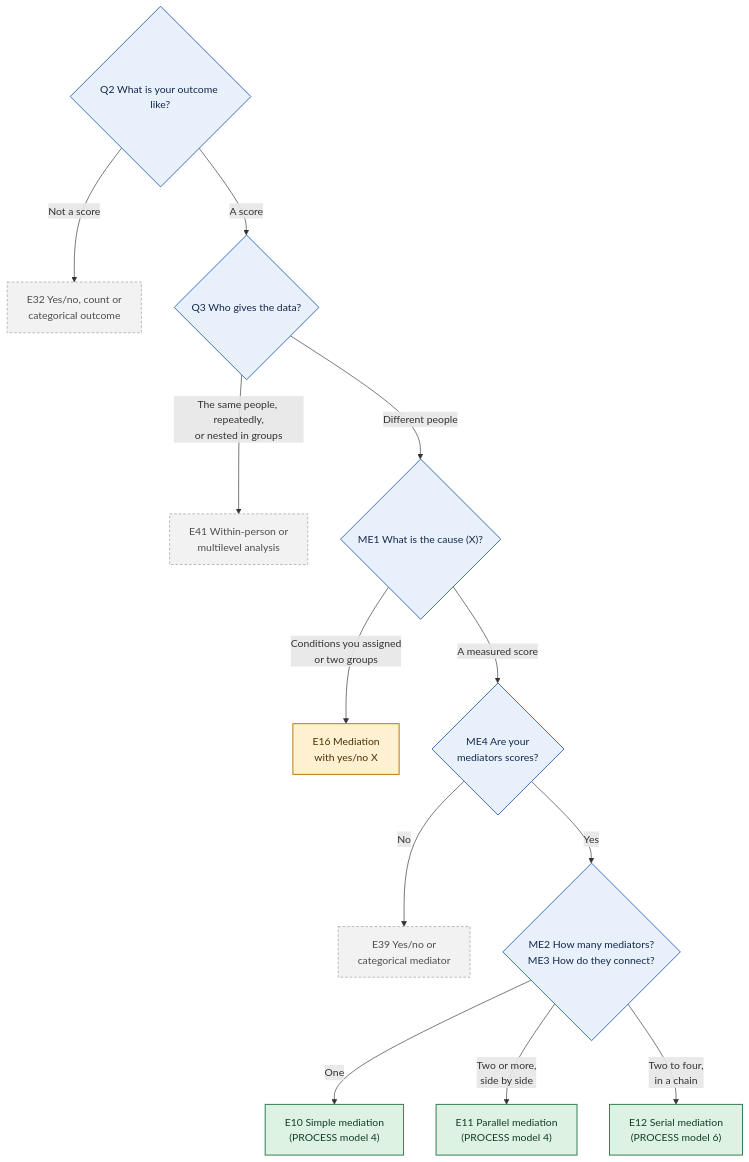
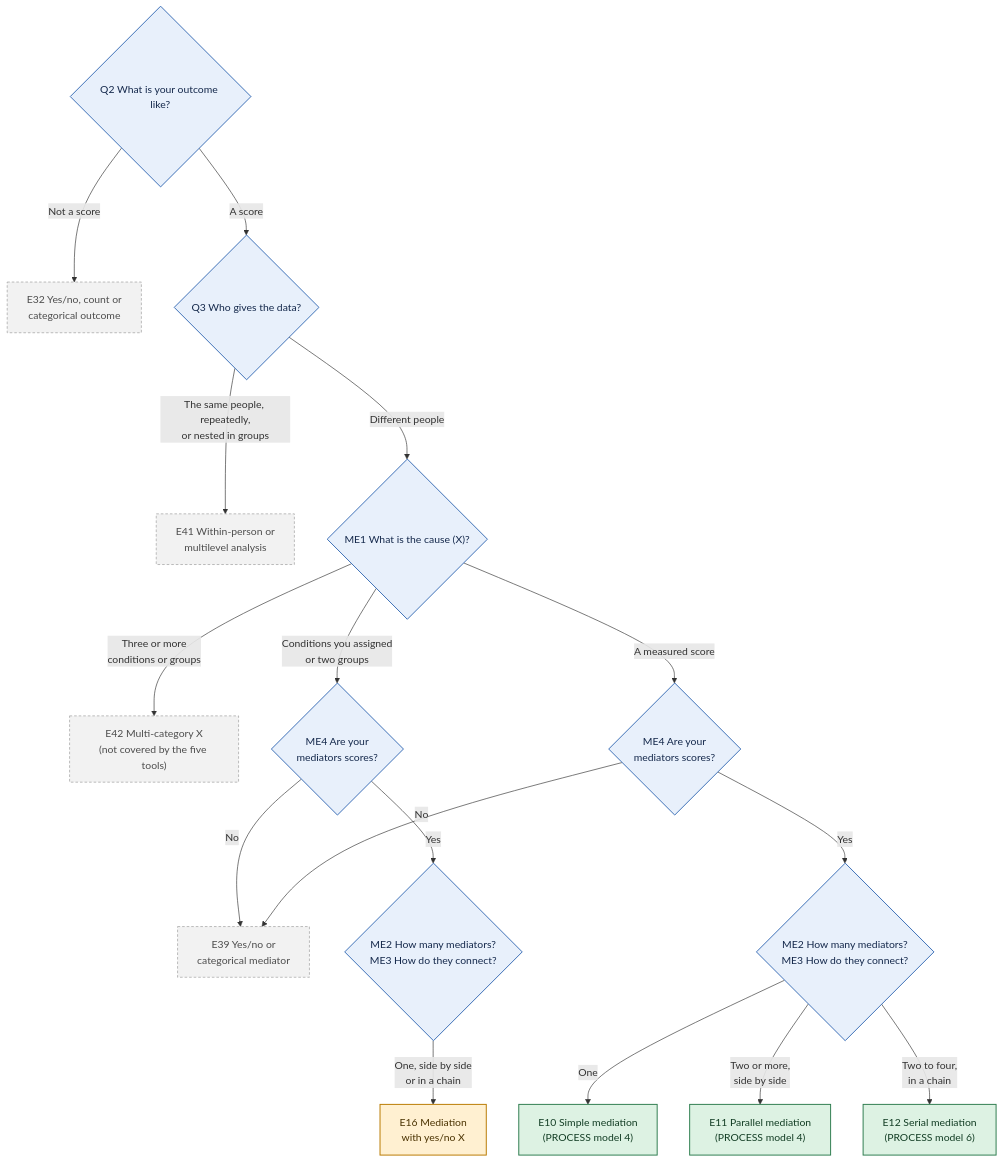
Before and after one commit to JoelThornton/Powerkit: the diagram in docs/figures/decision-tree/D-mediation.mmd, drawn with Mermaid. The commit also changed 32 other files, not shown here.

```diff
--- a/docs/figures/decision-tree/D-mediation.mmd
+++ b/docs/figures/decision-tree/D-mediation.mmd
@@ -1,22 +1,26 @@
 flowchart TD
   Q2{"Q2 What is your outcome like?"}
   Q2 -->|Not a score| E32["E32 Yes/no, count or<br/>categorical outcome"]
   Q2 -->|A score| Q3{"Q3 Who gives the data?"}
   Q3 -->|The same people, repeatedly,<br/>or nested in groups| E41["E41 Within-person or<br/>multilevel analysis"]
   Q3 -->|Different people| ME1{"ME1 What is the cause (X)?"}
-  ME1 -->|Conditions you assigned<br/>or two groups| E16["E16 Mediation<br/>with yes/no X"]
+  ME1 -->|Three or more<br/>conditions or groups| E42["E42 Multi-category X<br/>(not covered by the five tools)"]
+  ME1 -->|Conditions you assigned<br/>or two groups| ME4B{"ME4 Are your<br/>mediators scores?"}
+  ME4B -->|No| E39
+  ME4B -->|Yes| ME2B{"ME2 How many mediators?<br/>ME3 How do they connect?"}
+  ME2B -->|One, side by side<br/>or in a chain| E16["E16 Mediation<br/>with yes/no X"]
   ME1 -->|A measured score| ME4{"ME4 Are your<br/>mediators scores?"}
   ME4 -->|No| E39["E39 Yes/no or<br/>categorical mediator"]
   ME4 -->|Yes| ME2{"ME2 How many mediators?<br/>ME3 How do they connect?"}
   ME2 -->|One| E10["E10 Simple mediation<br/>(PROCESS model 4)"]
   ME2 -->|Two or more,<br/>side by side| E11["E11 Parallel mediation<br/>(PROCESS model 4)"]
   ME2 -->|Two to four,<br/>in a chain| E12["E12 Serial mediation<br/>(PROCESS model 6)"]
-  class Q2,Q3,ME1,ME2,ME4 q
+  class Q2,Q3,ME1,ME2,ME4,ME2B,ME4B q
   class E10,E11,E12 avail
   class E16 spec
-  class E32,E39,E41 later
+  class E32,E39,E41,E42 later
   classDef q fill:#E8F0FB,stroke:#3B6FB6,color:#14284B,stroke-width:1.5px
   classDef avail fill:#DDF2E3,stroke:#2E7D4F,color:#123D24,stroke-width:1.5px
   classDef spec fill:#FFF0D1,stroke:#B97A00,color:#4A3200,stroke-width:1.5px
   classDef later fill:#F2F2F2,stroke:#9A9A9A,color:#4D4D4D,stroke-width:1px,stroke-dasharray:4 3
   classDef jump fill:#FFFFFF,stroke:#3B6FB6,color:#14284B,stroke-width:1.5px,stroke-dasharray:6 3
```
